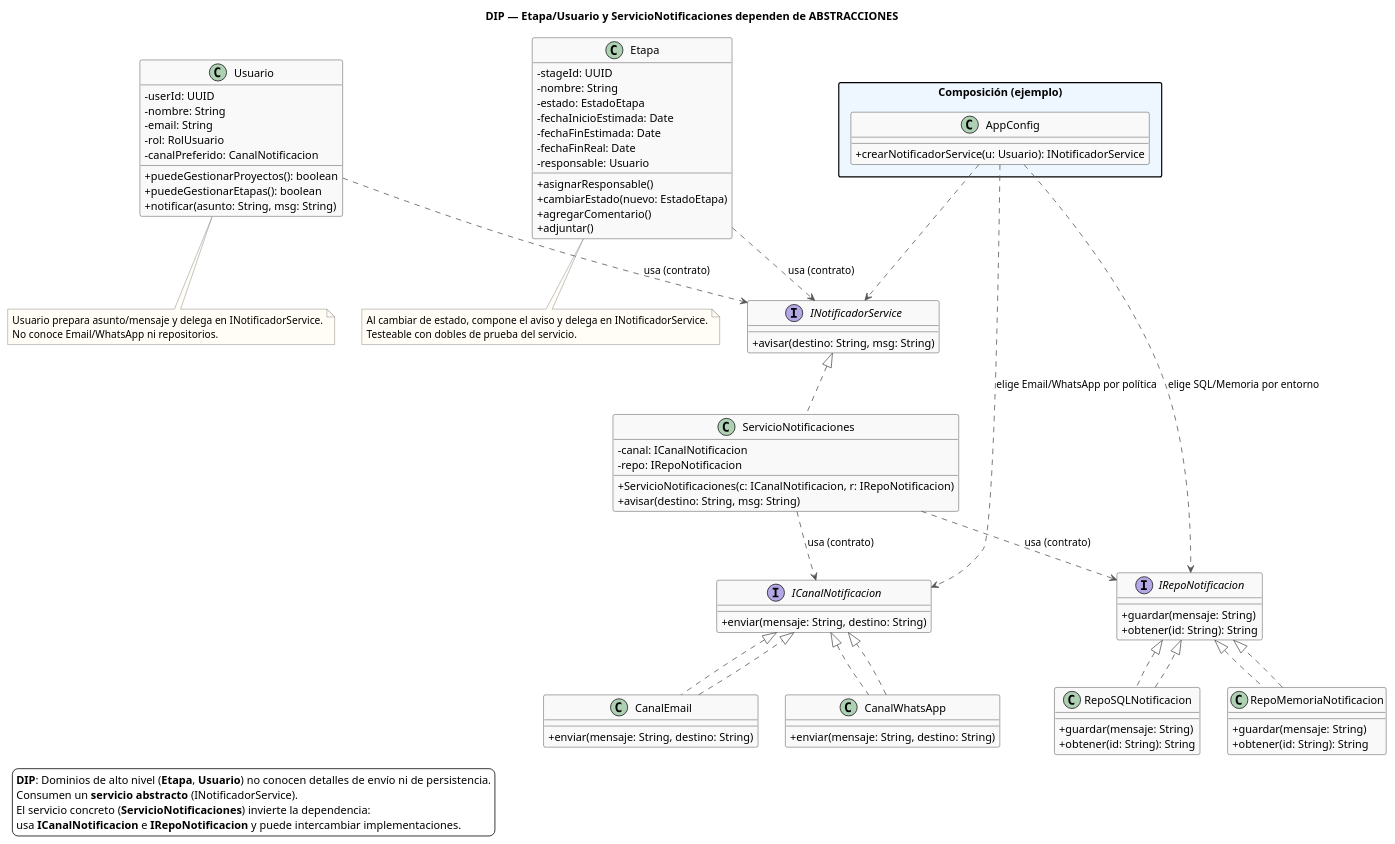
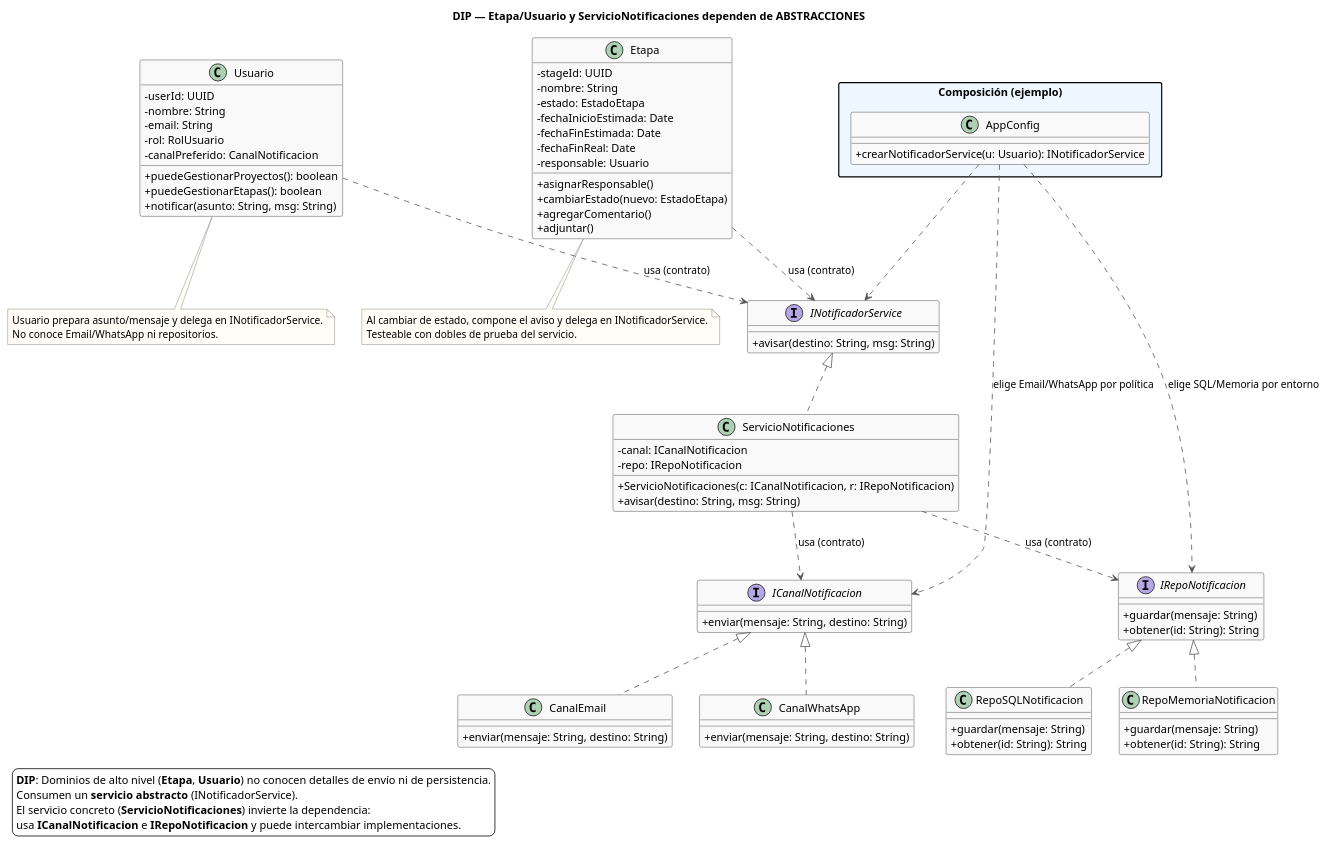
Before and after one commit to dantebiondi666-prog/SistemaProductoraVideos: the diagram in diagramas/01-diagrama-clases/01-solid-05-dip.puml, drawn with PlantUML. The commit also changed 2 other files, not shown here.

Commit message:
correccion de diagrama DIP y .md de DIP

```diff
--- a/diagramas/01-diagrama-clases/01-solid-05-dip.puml
+++ b/diagramas/01-diagrama-clases/01-solid-05-dip.puml
@@ -1,130 +1,125 @@
-@startuml
+@startuml DIP — Etapa/Usuario y ServicioNotificaciones dependen de ABSTRACCIONES
 title DIP — Etapa/Usuario y ServicioNotificaciones dependen de ABSTRACCIONES
 
 skinparam backgroundColor #ffffff
 skinparam packageStyle rectangle
 skinparam classAttributeIconSize 0
 skinparam shadowing false
 skinparam ArrowColor #555
 skinparam ClassBorderColor #222
 skinparam ClassBackgroundColor #f9f9f9
 skinparam noteBackgroundColor #fffdf5
 skinparam noteBorderColor #666
 
 legend left
 <b>DIP</b>: Dominios de alto nivel (<b>Etapa</b>, <b>Usuario</b>) no conocen detalles de envío ni de persistencia.
 Consumen un <b>servicio abstracto</b> (INotificadorService).
 El servicio concreto (<b>ServicioNotificaciones</b>) invierte la dependencia:
 usa <b>ICanalNotificacion</b> e <b>IRepoNotificacion</b> y puede intercambiar implementaciones.
 endlegend
 
 ' ============================
 ' Abstracciones (contratos)
 ' ============================
 interface ICanalNotificacion {
   +enviar(mensaje: String, destino: String)
 }
 interface IRepoNotificacion {
   +guardar(mensaje: String)
   +obtener(id: String): String
 }
 ' Abstracción de servicio para no acoplar dominio a clase concreta
 interface INotificadorService {
   +avisar(destino: String, msg: String)
 }
 
 ' ============================
 ' Servicio de alto nivel
 ' ============================
 class ServicioNotificaciones implements INotificadorService {
   -canal: ICanalNotificacion
   -repo: IRepoNotificacion
   +ServicioNotificaciones(c: ICanalNotificacion, r: IRepoNotificacion)
   +avisar(destino: String, msg: String)
 }
 
 ' ============================
 ' Implementaciones (detalles)
 ' ============================
 class CanalEmail implements ICanalNotificacion {
   +enviar(mensaje: String, destino: String)
 }
 class CanalWhatsApp implements ICanalNotificacion {
   +enviar(mensaje: String, destino: String)
 }
 
 class RepoSQLNotificacion implements IRepoNotificacion {
   +guardar(mensaje: String)
   +obtener(id: String): String
 }
 class RepoMemoriaNotificacion implements IRepoNotificacion {
   +guardar(mensaje: String)
   +obtener(id: String): String
 }
 
 ' ============================
 ' Dominio (alto nivel)
 ' ============================
 class Usuario {
   -userId: UUID
   -nombre: String
   -email: String
   -rol: RolUsuario
   -canalPreferido: CanalNotificacion
   +puedeGestionarProyectos(): boolean
   +puedeGestionarEtapas(): boolean
   +notificar(asunto: String, msg: String)
 }
 
 class Etapa {
   -stageId: UUID
   -nombre: String
   -estado: EstadoEtapa
   -fechaInicioEstimada: Date
   -fechaFinEstimada: Date
   -fechaFinReal: Date
   -responsable: Usuario
   +asignarResponsable()
   +cambiarEstado(nuevo: EstadoEtapa)
   +agregarComentario()
   +adjuntar()
 }
 
 ' ============================
 ' Relaciones (DIP en acción)
 ' ============================
 ' Dominio -> Abstracción de servicio (no a la clase concreta)
 Usuario ..> INotificadorService : usa (contrato)
 Etapa   ..> INotificadorService : usa (contrato)
 
 ' Servicio concreto -> Contratos de bajo nivel
 ServicioNotificaciones ..> ICanalNotificacion : usa (contrato)
 ServicioNotificaciones ..> IRepoNotificacion  : usa (contrato)
 
-' Implementaciones de bajo nivel
-CanalEmail ..|> ICanalNotificacion
-CanalWhatsApp ..|> ICanalNotificacion
-RepoSQLNotificacion ..|> IRepoNotificacion
-RepoMemoriaNotificacion ..|> IRepoNotificacion
 
 ' (Opcional) Composición / wiring fuera del dominio
 package "Composición (ejemplo)" #eef7ff {
   class AppConfig {
     +crearNotificadorService(u: Usuario): INotificadorService
   }
   AppConfig ..> INotificadorService
   AppConfig ..> ICanalNotificacion : elige Email/WhatsApp por política
   AppConfig ..> IRepoNotificacion  : elige SQL/Memoria por entorno
 }
 
 note bottom of Usuario
   Usuario prepara asunto/mensaje y delega en INotificadorService.
   No conoce Email/WhatsApp ni repositorios.
 end note
 
 note bottom of Etapa
   Al cambiar de estado, compone el aviso y delega en INotificadorService.
   Testeable con dobles de prueba del servicio.
 end note
 
 @enduml
```
